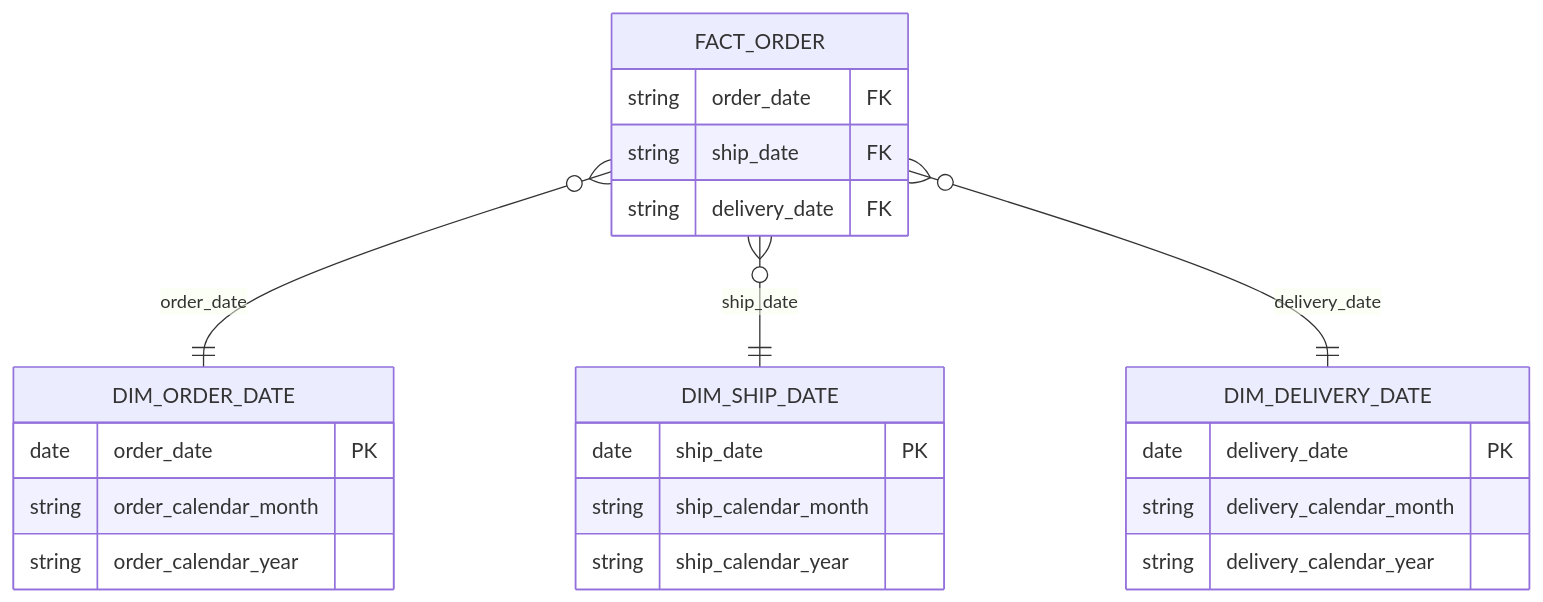
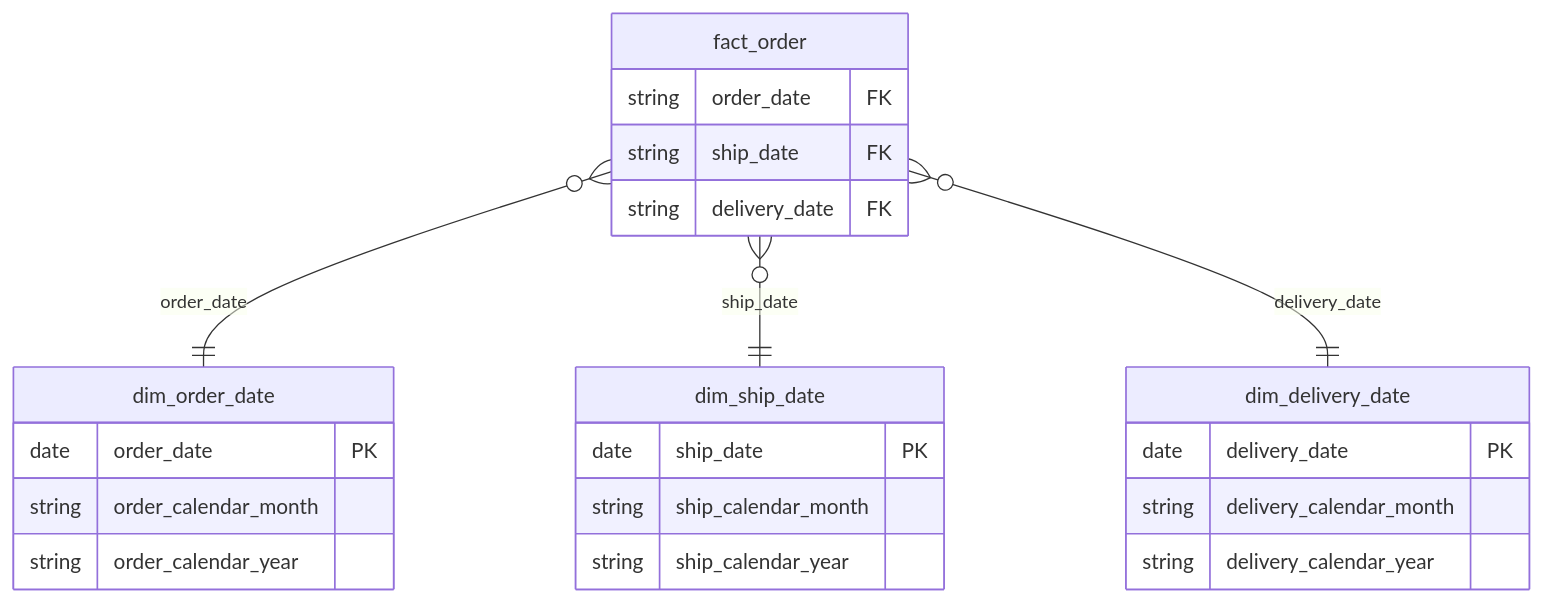
Before and after one commit to ducchetrongminh/vitlamdata_dbt_postgres: the fifth of 7 diagrams in docs/dimensional-modeling-standards.md, drawn with Mermaid. The commit also changed other lines of this file, not shown here.

Commit message:
docs: lowercase table names in diagram

````diff
--- a/docs/dimensional-modeling-standards.md
+++ b/docs/dimensional-modeling-standards.md
@@ -401,26 +401,26 @@
 ```mermaid
 erDiagram
-    FACT_ORDER {
+    fact_order {
         string order_date FK
         string ship_date FK
         string delivery_date FK
     }
-    DIM_ORDER_DATE {
+    dim_order_date {
         date order_date PK
         string order_calendar_month
         string order_calendar_year
     }
-    DIM_SHIP_DATE {
+    dim_ship_date {
         date ship_date PK
         string ship_calendar_month
         string ship_calendar_year
     }
-    DIM_DELIVERY_DATE {
+    dim_delivery_date {
         date delivery_date PK
         string delivery_calendar_month
         string delivery_calendar_year
     }
-    FACT_ORDER }o--|| DIM_ORDER_DATE : order_date
-    FACT_ORDER }o--|| DIM_SHIP_DATE : ship_date
-    FACT_ORDER }o--|| DIM_DELIVERY_DATE : delivery_date
+    fact_order }o--|| dim_order_date : order_date
+    fact_order }o--|| dim_ship_date : ship_date
+    fact_order }o--|| dim_delivery_date : delivery_date
 ```
````
